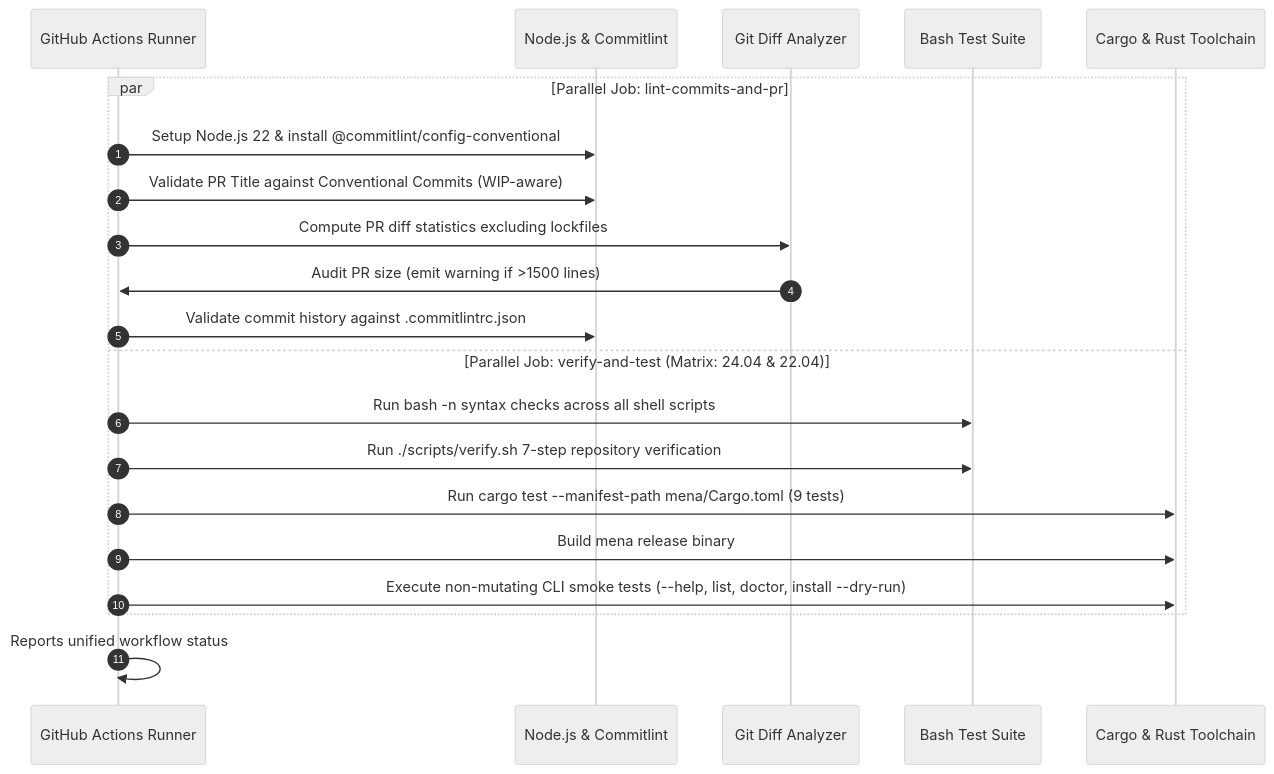
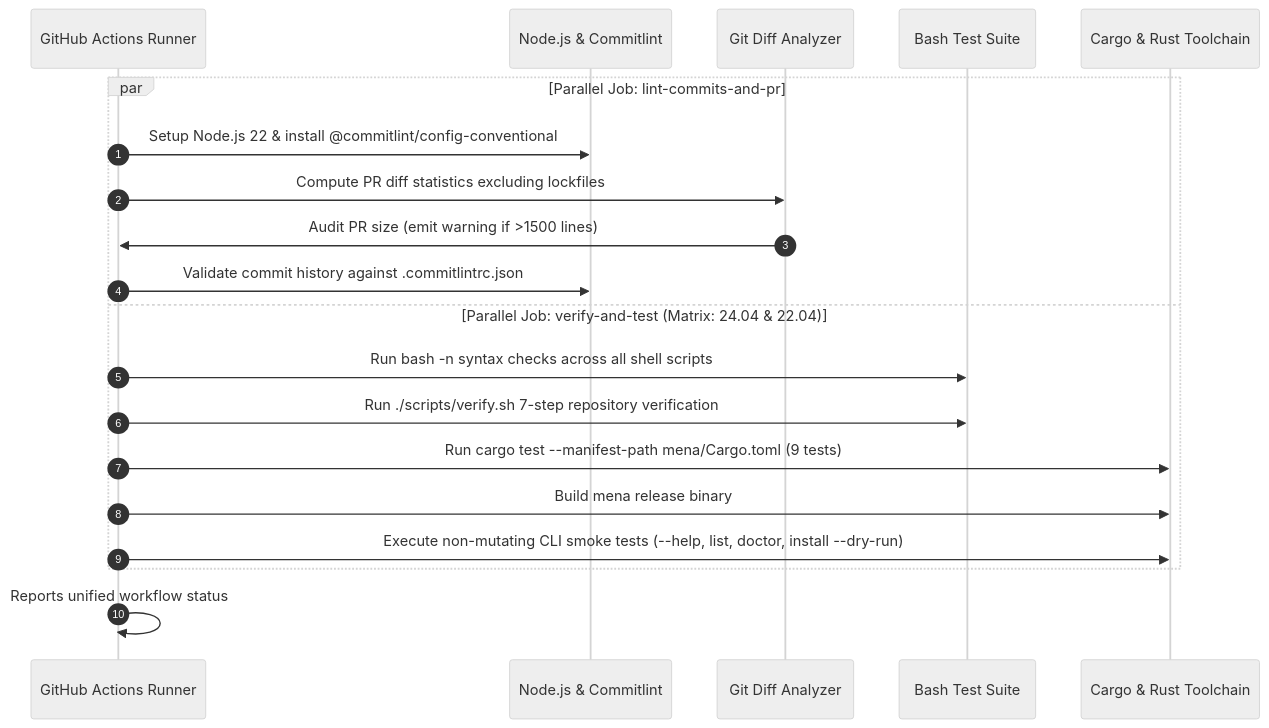
One commit to nmenag/dotfiles changed the second of 2 diagrams in docs/ci-cd-and-quality.md. Above: the diagram before and after it, drawn with Mermaid (neutral theme). The commit also changed other lines of this file and 3 other files, not shown here.

````diff
--- a/docs/ci-cd-and-quality.md
+++ b/docs/ci-cd-and-quality.md
@@ -88,24 +87,23 @@
 ```mermaid
 sequenceDiagram
     autonumber
     participant GitHub as GitHub Actions Runner
     participant Node as Node.js & Commitlint
     participant Git as Git Diff Analyzer
     participant Shell as Bash Test Suite
     participant Rust as Cargo & Rust Toolchain
 
     par Parallel Job: lint-commits-and-pr
         GitHub->>Node: Setup Node.js 22 & install @commitlint/config-conventional
-        GitHub->>Node: Validate PR Title against Conventional Commits (WIP-aware)
         GitHub->>Git: Compute PR diff statistics excluding lockfiles
         Git->>GitHub: Audit PR size (emit warning if >1500 lines)
         GitHub->>Node: Validate commit history against .commitlintrc.json
     and Parallel Job: verify-and-test (Matrix: 24.04 & 22.04)
         GitHub->>Shell: Run bash -n syntax checks across all shell scripts
         GitHub->>Shell: Run ./scripts/verify.sh 7-step repository verification
         GitHub->>Rust: Run cargo test --manifest-path mena/Cargo.toml (9 tests)
         GitHub->>Rust: Build mena release binary
         GitHub->>Rust: Execute non-mutating CLI smoke tests (--help, list, doctor, install --dry-run)
     end
     GitHub->>GitHub: Reports unified workflow status
 ```
````
